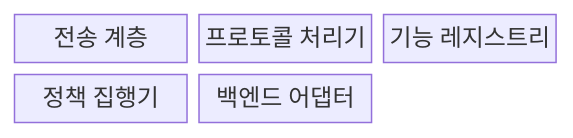
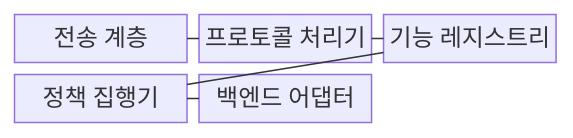
One commit to agnusdei1207/knowledge-base changed the first of 2 diagrams in src/content/docs/notes/08-latest-tech/007_mcp_server.md. Above: the diagram before and after it, drawn with Mermaid. The commit also changed other lines of this file and 228 other files, not shown here.

````diff
--- a/src/content/docs/notes/08-latest-tech/007_mcp_server.md
+++ b/src/content/docs/notes/08-latest-tech/007_mcp_server.md
@@ -51,9 +51,13 @@
 ```mermaid
 block-beta
     columns 3
     T["전송 계층"]
     P["프로토콜 처리기"]
     R["기능 레지스트리"]
     G["정책 집행기"]
     B["백엔드 어댑터"]
+    T --- P
+    P --- R
+    R --- G
+    G --- B
 ```
````
